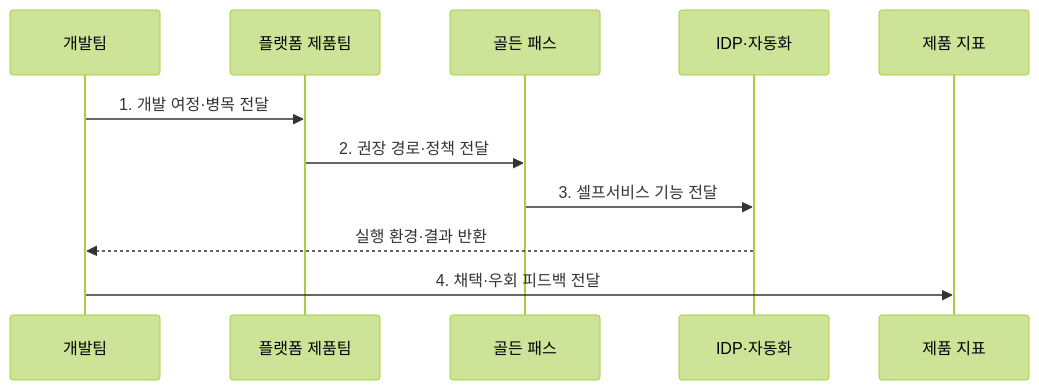
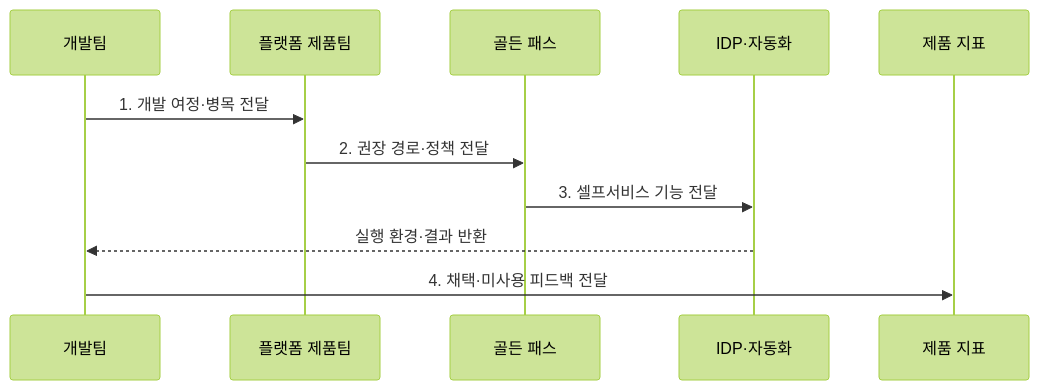
Before and after one commit to agnusdei1207/knowledge-base: the second of 2 diagrams in src/content/docs/notes/08-latest-tech/175_platform_engineering.md, drawn with Mermaid (forest theme). The commit also changed other lines of this file and 9 other files, not shown here.

````diff
--- a/src/content/docs/notes/08-latest-tech/175_platform_engineering.md
+++ b/src/content/docs/notes/08-latest-tech/175_platform_engineering.md
@@ -78,13 +78,13 @@
 ```mermaid
 sequenceDiagram
     participant D as 개발팀
     participant P as 플랫폼 제품팀
     participant G as 골든 패스
     participant I as IDP·자동화
     participant M as 제품 지표
     D->>P: 1. 개발 여정·병목 전달
     P->>G: 2. 권장 경로·정책 전달
     G->>I: 3. 셀프서비스 기능 전달
     I-->>D: 실행 환경·결과 반환
-    D->>M: 4. 채택·우회 피드백 전달
+    D->>M: 4. 채택·미사용 피드백 전달
 ```
````
